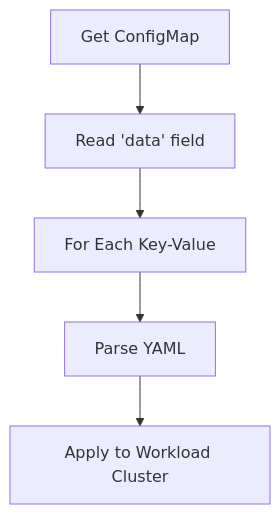
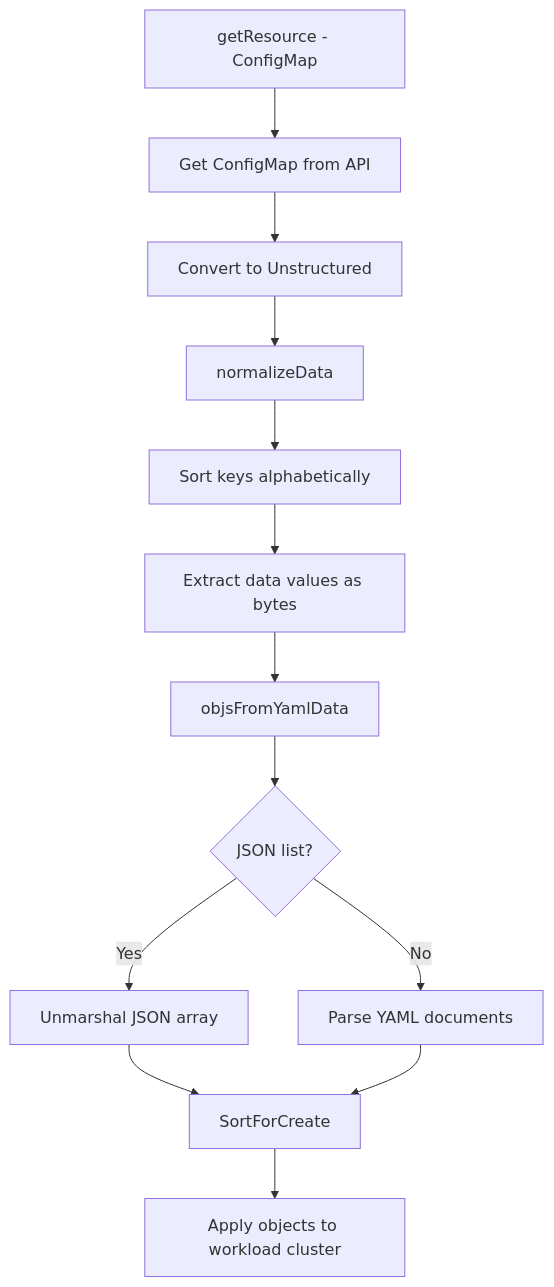
Before and after one commit to seanyen/cluster-api: the sixth of 9 diagrams in ai-gen/internal/controllers/clusterresourceset_controller.md, drawn with Mermaid. The commit also changed other lines of this file, not shown here.

````diff
--- a/ai-gen/internal/controllers/clusterresourceset_controller.md
+++ b/ai-gen/internal/controllers/clusterresourceset_controller.md
@@ -157,7 +219,15 @@
 ```mermaid
 flowchart TD
-    A[Get ConfigMap] --> B[Read 'data' field]
-    B --> C[For Each Key-Value]
-    C --> D[Parse YAML]
-    D --> E[Apply to Workload Cluster]
+    A[getResource - ConfigMap] --> B[Get ConfigMap from API]
+    B --> C[Convert to Unstructured]
+    C --> D[normalizeData]
+    D --> E[Sort keys alphabetically]
+    E --> F[Extract data values as bytes]
+    F --> G[objsFromYamlData]
+    G --> H{JSON list?}
+    H -->|Yes| I[Unmarshal JSON array]
+    H -->|No| J[Parse YAML documents]
+    I --> K[SortForCreate]
+    J --> K
+    K --> L[Apply objects to workload cluster]
 ```
````
